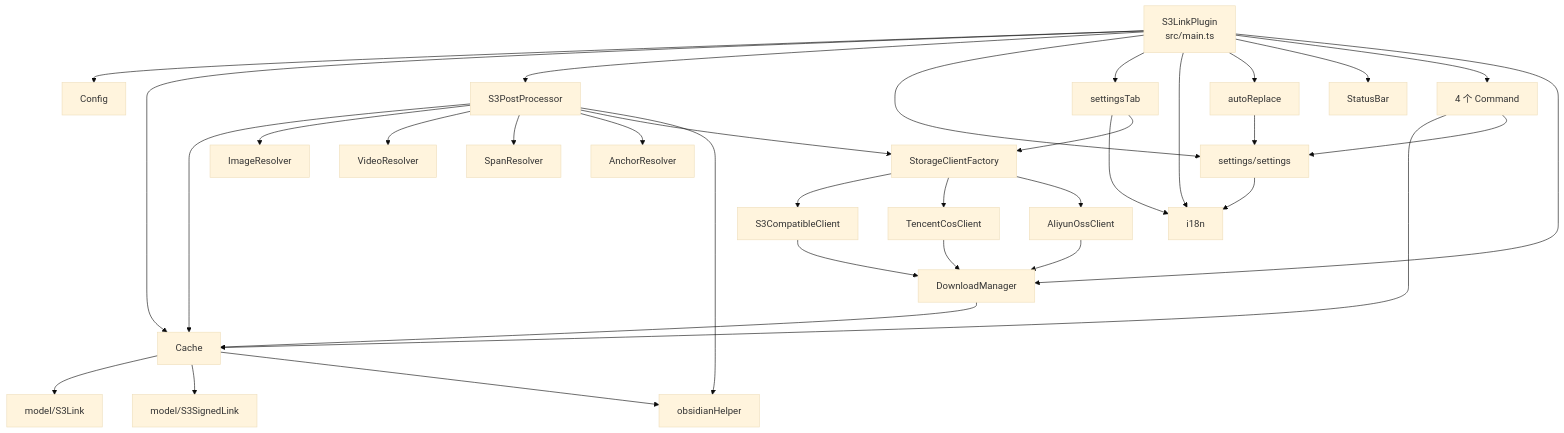
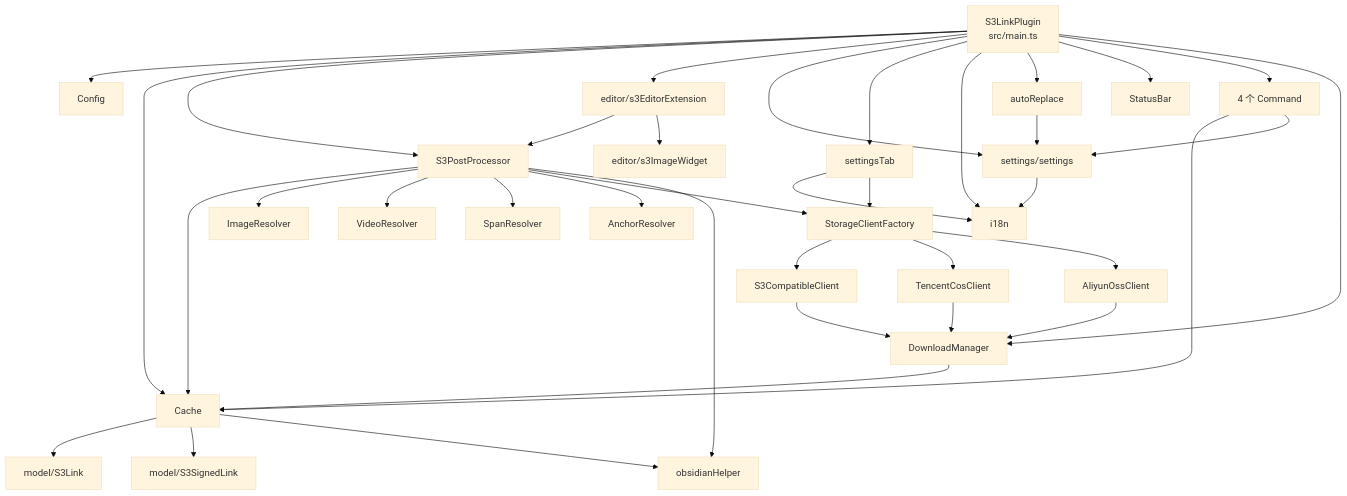
The fifth of 5 diagrams in .arcmesh/system-repo/architecture.md (gavinzmq/obsidian-plugin-s3-link), drawn with Mermaid (base theme) before and after one commit. The commit also changed other lines of this file and 10 other files, not shown here.

First line of the commit message:
feat: 编辑视图(Live Preview)内联渲染 s3: 图片; bump 1.2.0

````diff
--- a/.arcmesh/system-repo/architecture.md
+++ b/.arcmesh/system-repo/architecture.md
@@ -213,43 +243,47 @@
 ```mermaid
 graph TD
     Main[S3LinkPlugin<br>src/main.ts] --> Config
     Main --> Cache
     Main --> S3PP[S3PostProcessor]
+    Main --> EditorExt[editor/s3EditorExtension]
     Main --> Settings[settings/settings]
     Main --> SettingsTab[settingsTab]
     Main --> I18n[i18n]
     Main --> AutoReplace[autoReplace]
     Main --> StatusBar
     Main --> Cmds[4 个 Command]
     Main --> DM[DownloadManager]
+
+    EditorExt --> S3PP
+    EditorExt --> Widget[editor/s3ImageWidget]
 
     SettingsTab --> I18n
     SettingsTab --> Factory[StorageClientFactory]
 
     S3PP --> Cache
     S3PP --> R1[ImageResolver]
     S3PP --> R2[VideoResolver]
     S3PP --> R3[SpanResolver]
     S3PP --> R4[AnchorResolver]
     S3PP --> Factory
 
     Factory --> SC[S3CompatibleClient]
     Factory --> TC[TencentCosClient]
     Factory --> AC[AliyunOssClient]
 
     SC --> DM
     TC --> DM
     AC --> DM
 
     Cmds --> Cache
     Cmds --> Settings
     AutoReplace --> Settings
 
     Cache --> S3Link[model/S3Link]
     Cache --> S3SignedLink[model/S3SignedLink]
     Cache --> OH[obsidianHelper]
 
     DM --> Cache
     S3PP --> OH
     Settings --> I18n
 ```
````
